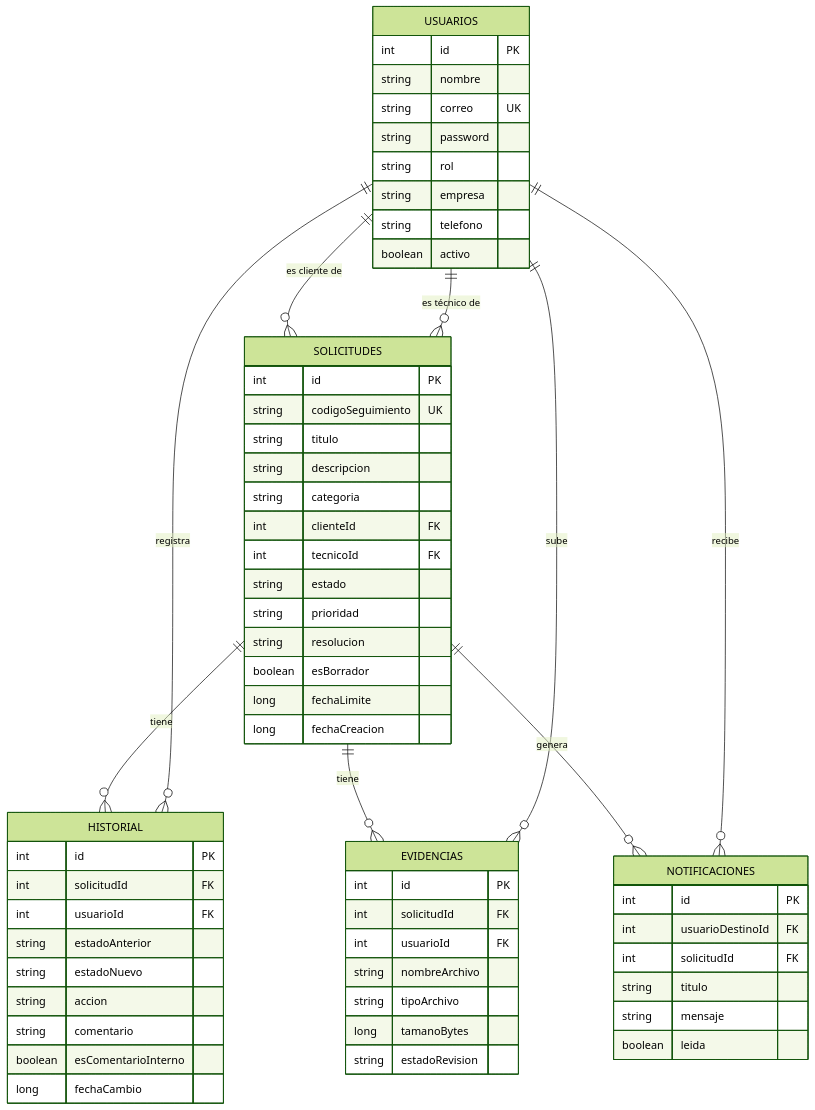
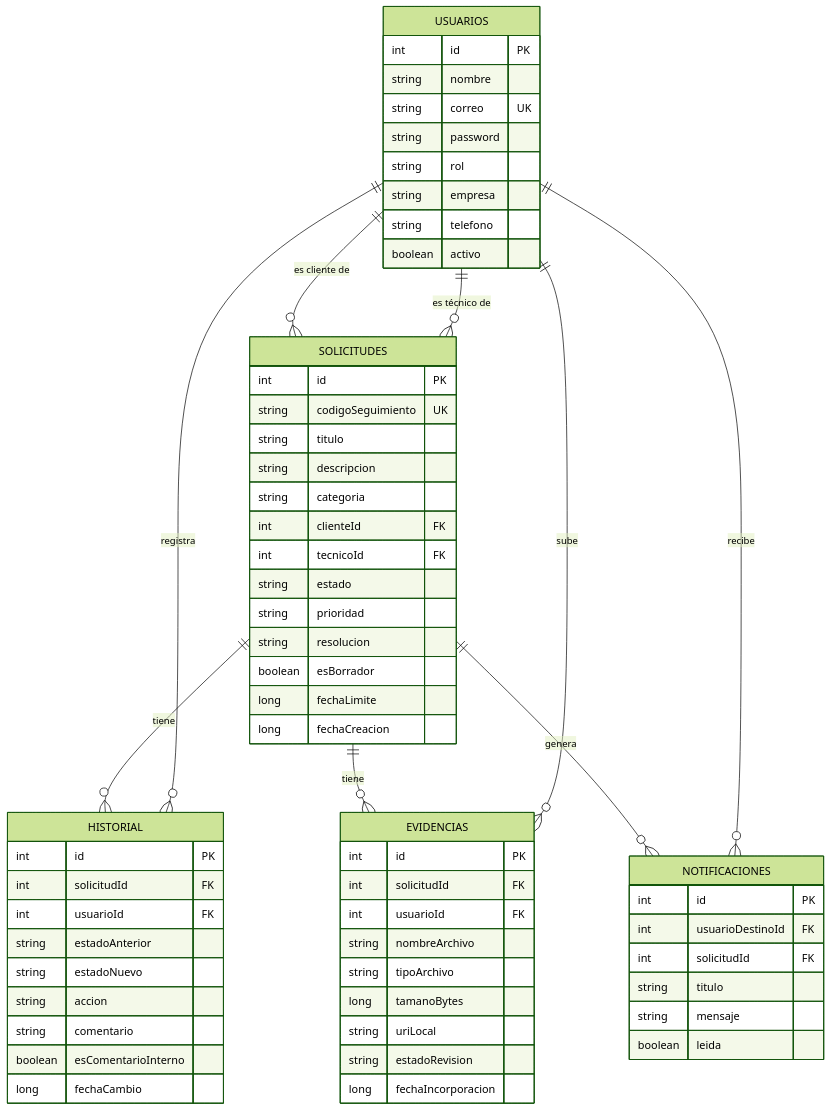
The second of 2 diagrams in README.md (Liz-Elizabeth/GSM), drawn with Mermaid (forest theme) before and after one commit. The commit also changed other lines of this file and 53 other files, not shown here.

````diff
--- a/README.md
+++ b/README.md
@@ -760,69 +481,71 @@
 ```mermaid
 erDiagram
     USUARIOS ||--o{ SOLICITUDES : "es cliente de"
     USUARIOS ||--o{ SOLICITUDES : "es técnico de"
     SOLICITUDES ||--o{ HISTORIAL : "tiene"
     USUARIOS ||--o{ HISTORIAL : "registra"
     SOLICITUDES ||--o{ EVIDENCIAS : "tiene"
     USUARIOS ||--o{ EVIDENCIAS : "sube"
     SOLICITUDES ||--o{ NOTIFICACIONES : "genera"
     USUARIOS ||--o{ NOTIFICACIONES : "recibe"
 
     USUARIOS {
         int id PK
         string nombre
         string correo UK
         string password
         string rol
         string empresa
         string telefono
         boolean activo
     }
 
     SOLICITUDES {
         int id PK
         string codigoSeguimiento UK
         string titulo
         string descripcion
         string categoria
         int clienteId FK
         int tecnicoId FK
         string estado
         string prioridad
         string resolucion
         boolean esBorrador
         long fechaLimite
         long fechaCreacion
     }
 
     HISTORIAL {
         int id PK
         int solicitudId FK
         int usuarioId FK
         string estadoAnterior
         string estadoNuevo
         string accion
         string comentario
         boolean esComentarioInterno
         long fechaCambio
     }
 
     EVIDENCIAS {
         int id PK
         int solicitudId FK
         int usuarioId FK
         string nombreArchivo
         string tipoArchivo
         long tamanoBytes
+        string uriLocal
         string estadoRevision
+        long fechaIncorporacion
     }
 
     NOTIFICACIONES {
         int id PK
         int usuarioDestinoId FK
         int solicitudId FK
         string titulo
         string mensaje
         boolean leida
     }
 ```
````
